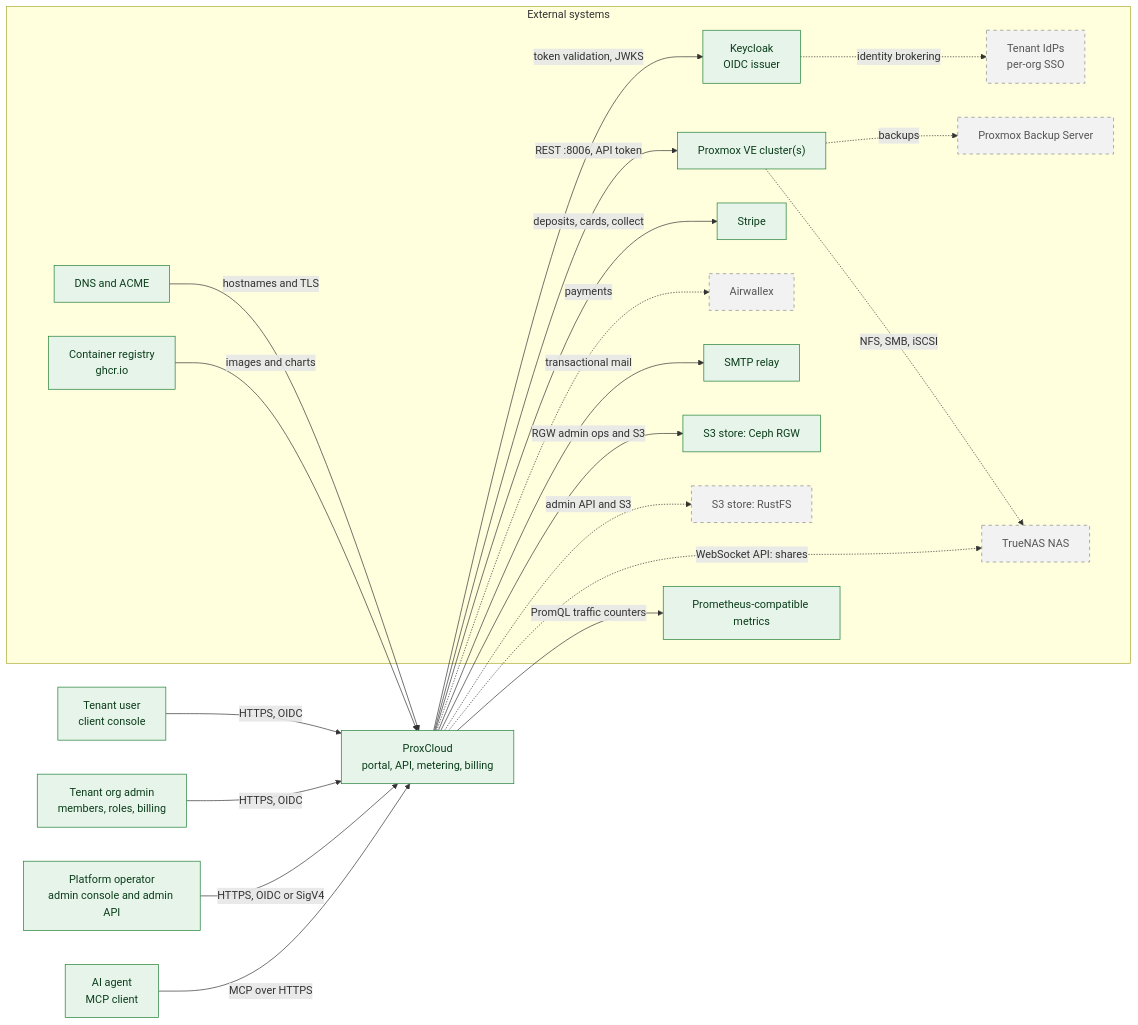
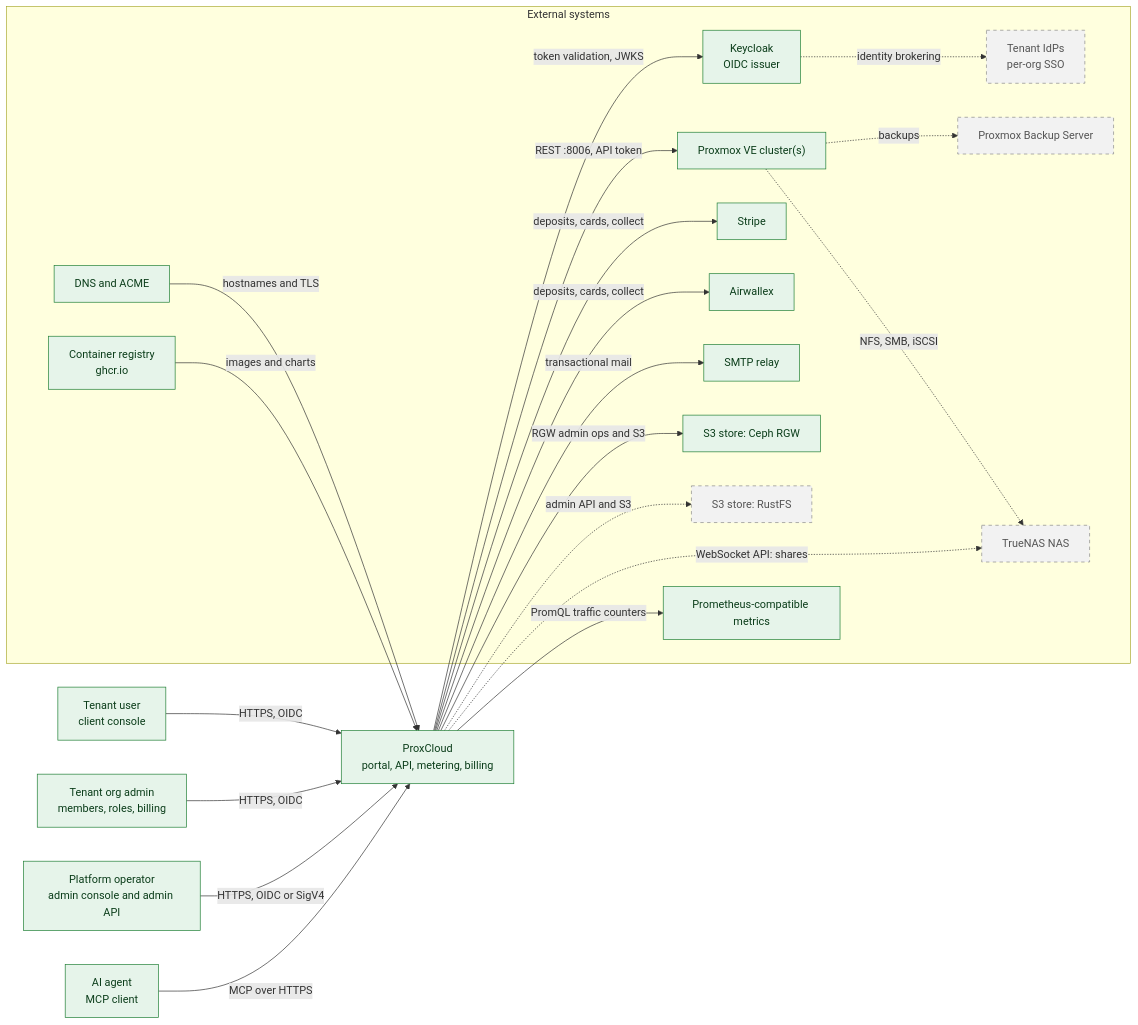
One commit to mutex-solutions/proxcloud changed the diagram in docs/architecture/c4/c1-context.md. Above: the diagram before and after it, drawn with Mermaid. The commit also changed other lines of this file and 93 other files, not shown here.

````diff
--- a/docs/architecture/c4/c1-context.md
+++ b/docs/architecture/c4/c1-context.md
@@ -11,48 +11,48 @@
 ```mermaid
 flowchart LR
   classDef impl fill:#e6f4ea,stroke:#1e7e34,color:#0b3d1a
   classDef planned fill:#f2f2f2,stroke:#8a8a8a,stroke-dasharray:5 5,color:#555555
 
   tenant["Tenant user<br/>client console"]:::impl
   orgadmin["Tenant org admin<br/>members, roles, billing"]:::impl
   operator["Platform operator<br/>admin console and admin API"]:::impl
   agent["AI agent<br/>MCP client"]:::impl
 
   pc["ProxCloud<br/>portal, API, metering, billing"]:::impl
 
   subgraph ext["External systems"]
     pve["Proxmox VE cluster(s)"]:::impl
     pbs["Proxmox Backup Server"]:::planned
     kc["Keycloak<br/>OIDC issuer"]:::impl
     idp["Tenant IdPs<br/>per-org SSO"]:::planned
     stripe["Stripe"]:::impl
-    airwallex["Airwallex"]:::planned
+    airwallex["Airwallex"]:::impl
     smtp["SMTP relay"]:::impl
     rgw["S3 store: Ceph RGW"]:::impl
     rustfs["S3 store: RustFS"]:::planned
     nas["TrueNAS NAS"]:::planned
     prom["Prometheus-compatible metrics"]:::impl
     dns["DNS and ACME"]:::impl
     reg["Container registry<br/>ghcr.io"]:::impl
   end
 
   tenant -->|"HTTPS, OIDC"| pc
   orgadmin -->|"HTTPS, OIDC"| pc
   operator -->|"HTTPS, OIDC or SigV4"| pc
   agent -->|"MCP over HTTPS"| pc
 
   pc -->|"token validation, JWKS"| kc
   kc -.->|"identity brokering"| idp
   pc -->|"REST :8006, API token"| pve
   pve -.->|"backups"| pbs
   pc -->|"deposits, cards, collect"| stripe
-  pc -.->|"payments"| airwallex
+  pc -->|"deposits, cards, collect"| airwallex
   pc -->|"transactional mail"| smtp
   pc -->|"RGW admin ops and S3"| rgw
   pc -.->|"admin API and S3"| rustfs
   pc -.->|"WebSocket API: shares"| nas
   pve -.->|"NFS, SMB, iSCSI"| nas
   pc -->|"PromQL traffic counters"| prom
   dns -->|"hostnames and TLS"| pc
   reg -->|"images and charts"| pc
 ```
````
